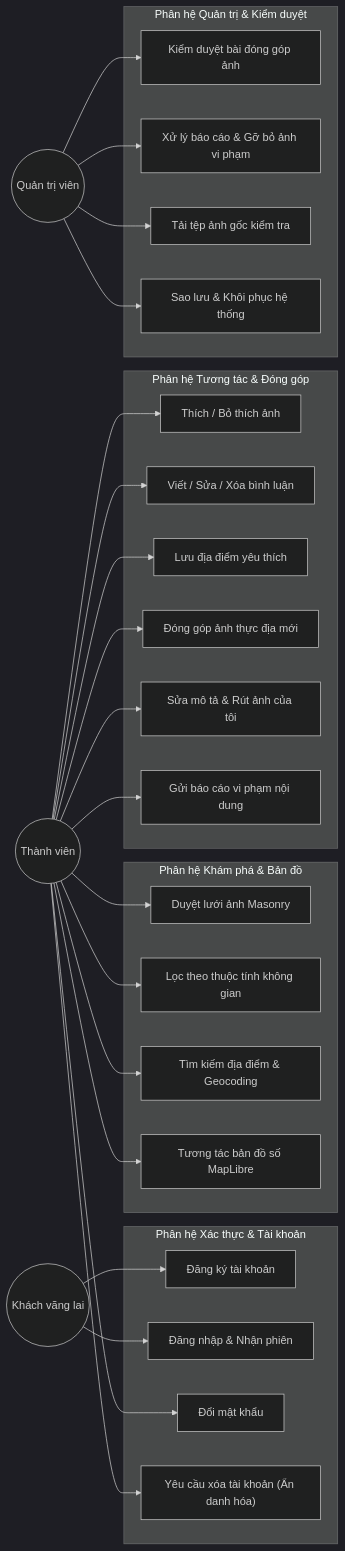
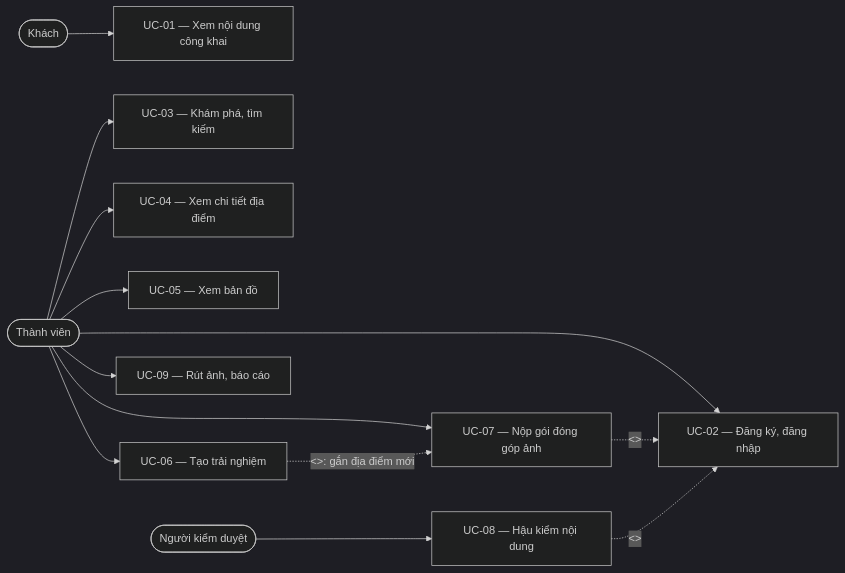
The first of 24 diagrams in docs/report/bao-cao-pbl6.md (longqt321/Rendez-PBL6), drawn with Mermaid (dark theme) before and after one commit. The commit also changed other lines of this file and 25 other files, not shown here.

````diff
--- a/docs/report/bao-cao-pbl6.md
+++ b/docs/report/bao-cao-pbl6.md
@@ -380,53 +171,15 @@
 ```mermaid
-graph LR
-    subgraph UC_Auth [Phân hệ Xác thực & Tài khoản]
-        UC01["Đăng ký tài khoản"]
-        UC02["Đăng nhập & Nhận phiên"]
-        UC03["Đổi mật khẩu"]
-        UC04["Yêu cầu xóa tài khoản (Ẩn danh hóa)"]
-    end
-
-    subgraph UC_Discovery [Phân hệ Khám phá & Bản đồ]
-        UC05["Duyệt lưới ảnh Masonry"]
-        UC06["Lọc theo thuộc tính không gian"]
-        UC07["Tìm kiếm địa điểm & Geocoding"]
-        UC08["Tương tác bản đồ số MapLibre"]
-    end
-
-    subgraph UC_Social [Phân hệ Tương tác & Đóng góp]
-        UC09["Thích / Bỏ thích ảnh"]
-        UC10["Viết / Sửa / Xóa bình luận"]
-        UC11["Lưu địa điểm yêu thích"]
-        UC12["Đóng góp ảnh thực địa mới"]
-        UC13["Sửa mô tả & Rút ảnh của tôi"]
-        UC14["Gửi báo cáo vi phạm nội dung"]
-    end
-
-    subgraph UC_Admin [Phân hệ Quản trị & Kiểm duyệt]
-        UC15["Kiểm duyệt bài đóng góp ảnh"]
-        UC16["Xử lý báo cáo & Gỡ bỏ ảnh vi phạm"]
-        UC17["Tải tệp ảnh gốc kiểm tra"]
-        UC18["Sao lưu & Khôi phục hệ thống"]
-    end
-
-    Guest((Khách vãng lai)) --> UC01
-    Guest --> UC02
-
-    Member((Thành viên)) --> UC03
-    Member --> UC04
-    Member --> UC05
-    Member --> UC06
-    Member --> UC07
-    Member --> UC08
-    Member --> UC09
-    Member --> UC10
-    Member --> UC11
-    Member --> UC12
-    Member --> UC13
-    Member --> UC14
-
-    Admin((Quản trị viên)) --> UC15
-    Admin --> UC16
-    Admin --> UC17
-    Admin --> UC18
+flowchart LR
+    guest(["Khách"]) --> UC01["UC-01 — Xem nội dung công khai"]
+    member(["Thành viên"]) --> UC02["UC-02 — Đăng ký, đăng nhập"]
+    member --> UC03["UC-03 — Khám phá, tìm kiếm"]
+    member --> UC04["UC-04 — Xem chi tiết địa điểm"]
+    member --> UC05["UC-05 — Xem bản đồ"]
+    member --> UC06["UC-06 — Tạo trải nghiệm"]
+    member --> UC07["UC-07 — Nộp gói đóng góp ảnh"]
+    member --> UC09["UC-09 — Rút ảnh, báo cáo"]
+    reviewer(["Người kiểm duyệt"]) --> UC08["UC-08 — Hậu kiểm nội dung"]
+    UC07 -.->|"<<include>>"| UC02
+    UC08 -.->|"<<include>>"| UC02
+    UC06 -.->|"<<extend>>: gắn địa điểm mới"| UC07
 ```
````
